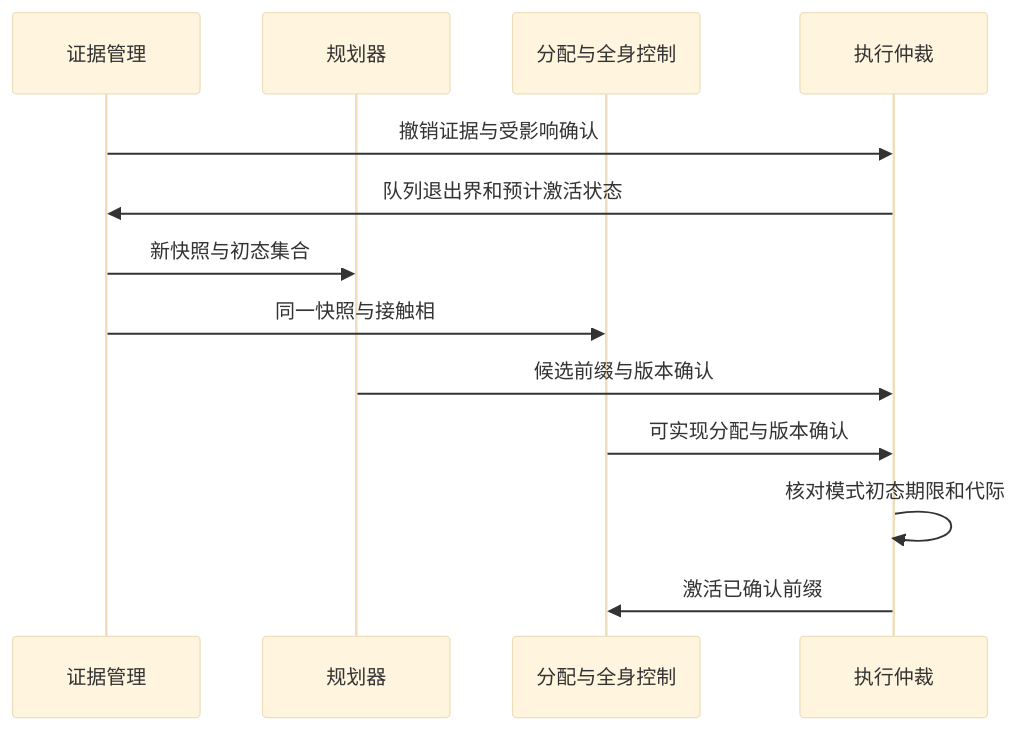
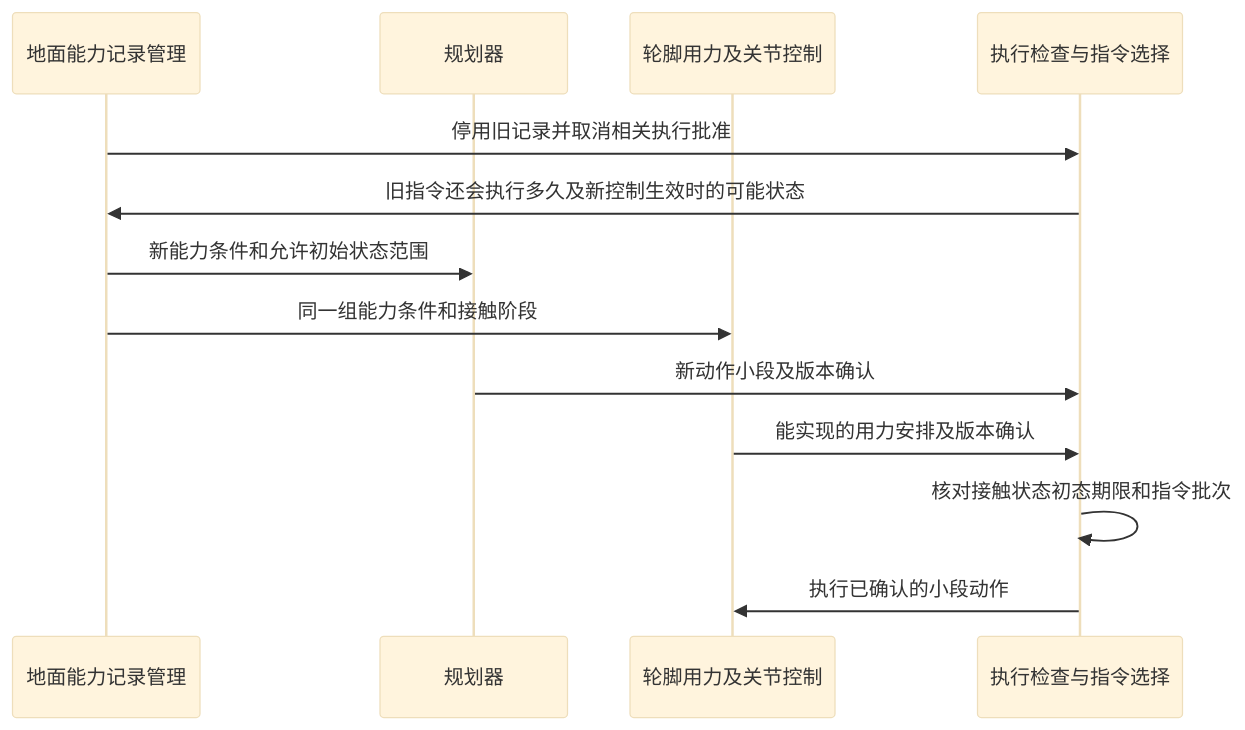
Before and after one commit to fenwickxie/research-ip-docs: the second of 2 diagrams in patient/导航规划控制/02_patent_b_sources_and_technical_principles_20261015.md, drawn with Mermaid (base theme). The commit also changed other lines of this file and 2 other files, not shown here.

````diff
--- a/patient/导航规划控制/02_patent_b_sources_and_technical_principles_20261015.md
+++ b/patient/导航规划控制/02_patent_b_sources_and_technical_principles_20261015.md
@@ -223,15 +272,15 @@
 ```mermaid
 sequenceDiagram
-    participant E as 证据管理
+    participant E as 地面能力记录管理
     participant P as 规划器
-    participant C as 分配与全身控制
-    participant A as 执行仲裁
-    E->>A: 撤销证据与受影响确认
-    A->>E: 队列退出界和预计激活状态
-    E->>P: 新快照与初态集合
-    E->>C: 同一快照与接触相
-    P->>A: 候选前缀与版本确认
-    C->>A: 可实现分配与版本确认
-    A->>A: 核对模式初态期限和代际
-    A->>C: 激活已确认前缀
+    participant C as 轮脚用力及关节控制
+    participant A as 执行检查与指令选择
+    E->>A: 停用旧记录并取消相关执行批准
+    A->>E: 旧指令还会执行多久及新控制生效时的可能状态
+    E->>P: 新能力条件和允许初始状态范围
+    E->>C: 同一组能力条件和接触阶段
+    P->>A: 新动作小段及版本确认
+    C->>A: 能实现的用力安排及版本确认
+    A->>A: 核对接触状态初态期限和指令批次
+    A->>C: 执行已确认的小段动作
 ```
````
